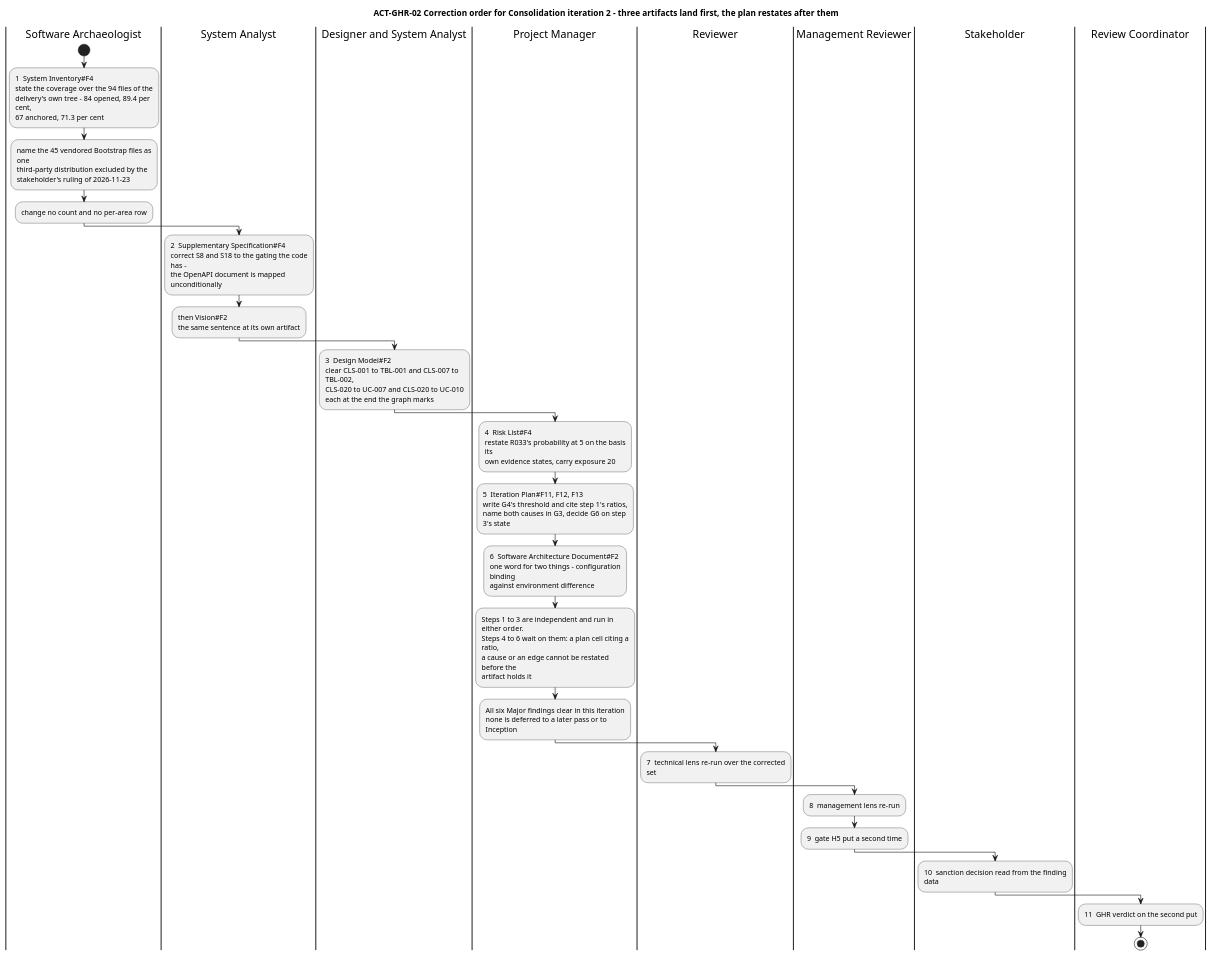
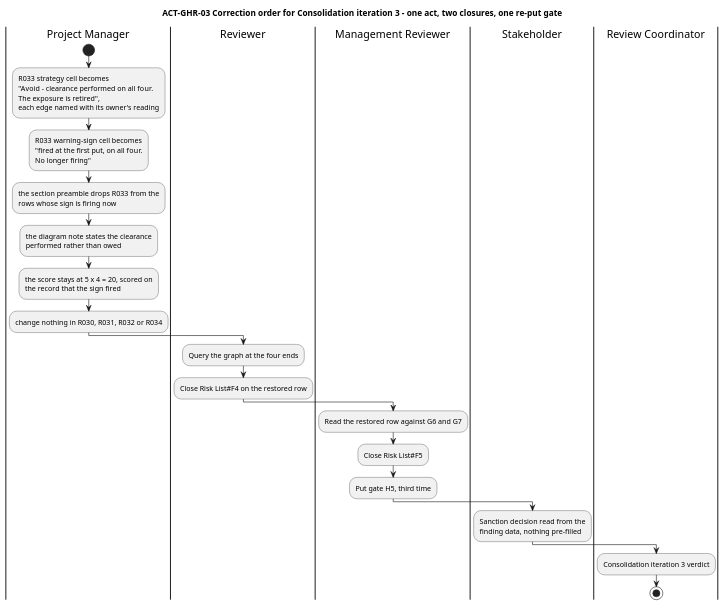
One commit to banense-test/TodoApp changed diagram 11 of 16 in docs/artifacts/project-management/review-record.md. Above: the diagram before and after it, drawn with PlantUML. The commit also changed other lines of this file, not shown here.

First line of the commit message:
Review Coordinator [Consolidation2]: upsert Review Record

````diff
--- a/docs/artifacts/project-management/review-record.md
+++ b/docs/artifacts/project-management/review-record.md
@@ -931,62 +929,41 @@
 ```plantuml
 @startuml
-title ACT-GHR-02 Correction order for Consolidation iteration 2 - three artifacts land first, the plan restates after them
+title ACT-GHR-03 Correction order for Consolidation iteration 3 - one act, two closures, one re-put gate
 skinparam shadowing false
-skinparam wrapWidth 250
-
-|Software Archaeologist|
-start
-:1  System Inventory#F4
-state the coverage over the 94 files of the
-delivery's own tree - 84 opened, 89.4 per cent,
-67 anchored, 71.3 per cent;
-:name the 45 vendored Bootstrap files as one
-third-party distribution excluded by the
-stakeholder's ruling of 2026-11-23;
-:change no count and no per-area row;
-
-|System Analyst|
-:2  Supplementary Specification#F4
-correct S8 and S18 to the gating the code has -
-the OpenAPI document is mapped unconditionally;
-:then Vision#F2
-the same sentence at its own artifact;
-
-|Designer and System Analyst|
-:3  Design Model#F2
-clear CLS-001 to TBL-001 and CLS-007 to TBL-002,
-CLS-020 to UC-007 and CLS-020 to UC-010
-each at the end the graph marks;
+skinparam wrapWidth 270
 
 |Project Manager|
-:4  Risk List#F4
-restate R033's probability at 5 on the basis its
-own evidence states, carry exposure 20;
-:5  Iteration Plan#F11, F12, F13
-write G4's threshold and cite step 1's ratios,
-name both causes in G3, decide G6 on step 3's state;
-:6  Software Architecture Document#F2
-one word for two things - configuration binding
-against environment difference;
-:Steps 1 to 3 are independent and run in either order.
-Steps 4 to 6 wait on them: a plan cell citing a ratio,
-a cause or an edge cannot be restated before the
-artifact holds it;
-:All six Major findings clear in this iteration
-none is deferred to a later pass or to Inception;
+start
+:R033 strategy cell becomes
+"Avoid - clearance performed on all four.
+The exposure is retired",
+each edge named with its owner's reading;
+:R033 warning-sign cell becomes
+"fired at the first put, on all four.
+No longer firing";
+:the section preamble drops R033 from the
+rows whose sign is firing now;
+:the diagram note states the clearance
+performed rather than owed;
+:the score stays at 5 x 4 = 20, scored on
+the record that the sign fired;
+:change nothing in R030, R031, R032 or R034;
 
 |Reviewer|
-:7  technical lens re-run over the corrected set;
+:Query the graph at the four ends;
+:Close Risk List#F4 on the restored row;
 
 |Management Reviewer|
-:8  management lens re-run;
-:9  gate H5 put a second time;
+:Read the restored row against G6 and G7;
+:Close Risk List#F5;
+:Put gate H5, third time;
 
 |Stakeholder|
-:10  sanction decision read from the finding data;
+:Sanction decision read from the
+finding data, nothing pre-filled;
 
 |Review Coordinator|
-:11  GHR verdict on the second put;
+:Consolidation iteration 3 verdict;
 stop
 @enduml
 ```
````
